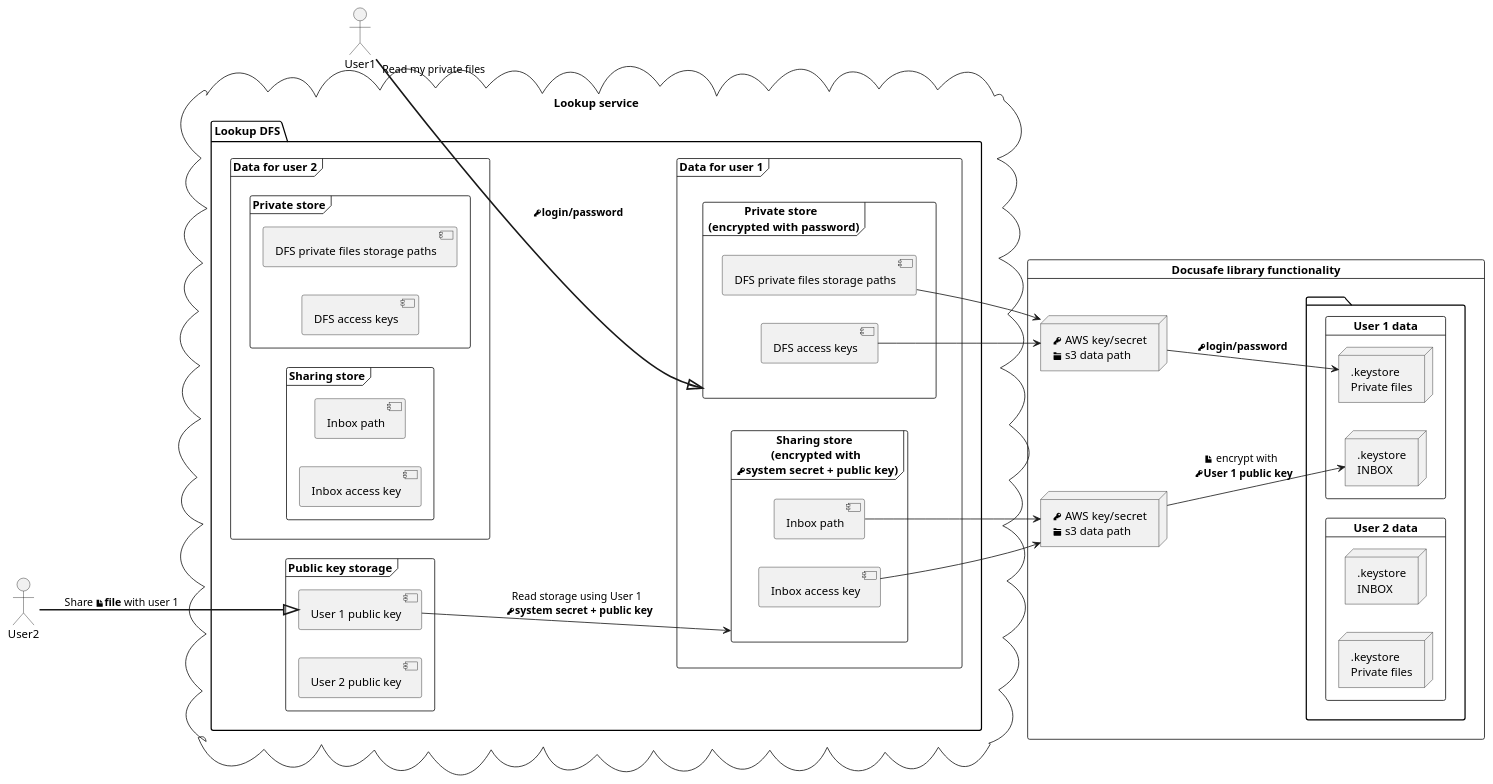
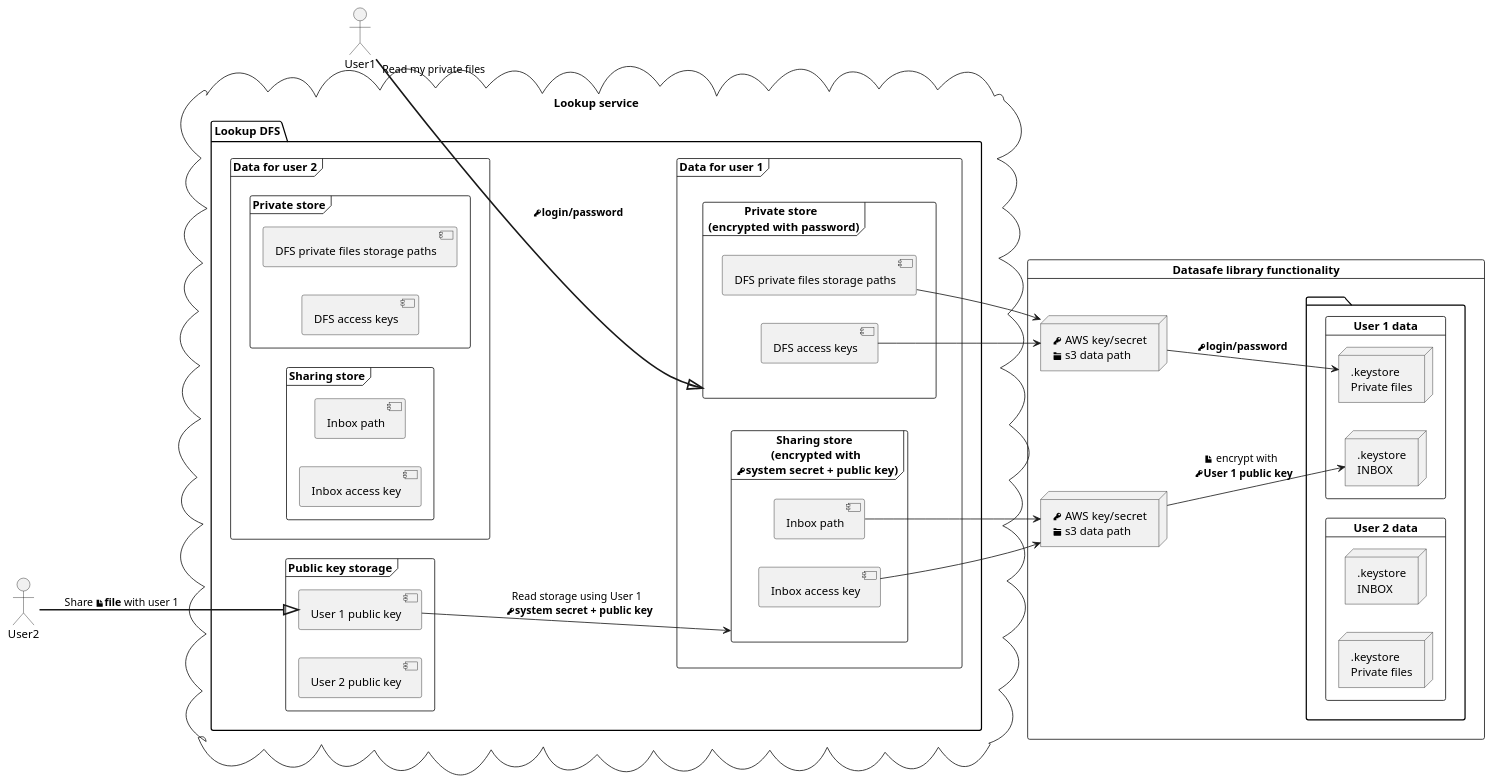
The diagram in docs/diagrams/generic_view.puml (adorsys/datasafe), drawn with PlantUML before and after one commit. The commit also changed 59 other files, not shown here.

```diff
--- a/docs/diagrams/generic_view.puml
+++ b/docs/diagrams/generic_view.puml
@@ -1,89 +1,89 @@
 @startuml
 cloud "Lookup service" {
   package "Lookup DFS" {
   left to right direction
     frame "Data for user 1" {
 
       frame "Private store \n (encrypted with password)" as privateStoreUser1 {
         [DFS private files storage paths] as mapPrivate1
         [DFS access keys] as privateAccessKey1
       }
 
       frame "Sharing store \n (encrypted with \n **<&key>system secret + public key**)" as sharingStoreUser1 {
         [Inbox path] as mapInbox1
         [Inbox access key] as publicAccessKey1
       }
     }
 
     frame "Data for user 2" {
 
       frame "Private store" as privateStoreUser2 {
         [DFS private files storage paths] as mapPrivate2
         [DFS access keys] as privateAccessKey2
       }
 
       frame "Sharing store" as sharingStoreUser2 {
         [Inbox path] as mapInbox2
         [Inbox access key] as publicAccessKey2
       }
     }
 
     frame "Public key storage" {
       left to right direction
       [User 1 public key] as user1publicKey
       [User 2 public key] as user2publicKey
     }
   }
 }
 
 actor User1 as user1
 actor User2 as user2
 
-card "Docusafe library functionality" {
+card "Datasafe library functionality" {
   package {
     card "User 1 data" as User1data {
       node inboxUsr1 [
         .keystore
         INBOX
       ]
       node filesUsr1 [
         .keystore
         Private files
       ]
     }
 
     card "User 2 data" as User2data {
       node inboxUsr2 [
         .keystore
         INBOX
       ]
       node filesUsr2 [
         .keystore
         Private files
       ]
     }
   }
 
 
   node user1privateFilesAccess [
   <&key> AWS key/secret
   <&folder> s3 data path
   ]
 
   user1 ==^ privateStoreUser1 : "Read my private files" **<&key>login/password**
   mapPrivate1 --> user1privateFilesAccess
   privateAccessKey1 --> user1privateFilesAccess
   user1privateFilesAccess --> filesUsr1 :  **<&key>login/password**
 
   node user2shareFilesAccess [
   <&key> AWS key/secret
   <&folder> s3 data path
   ]
 
   user2 ==^ user1publicKey : Share **<&file>file** with user 1
   user1publicKey --> sharingStoreUser1 : Read storage using User 1 \n **<&key>system secret + public key**
   mapInbox1 --> user2shareFilesAccess
   publicAccessKey1 --> user2shareFilesAccess
   user2shareFilesAccess --> inboxUsr1 : <&file> encrypt with \n **<&key>User 1 public key**
 }
 @enduml
```
